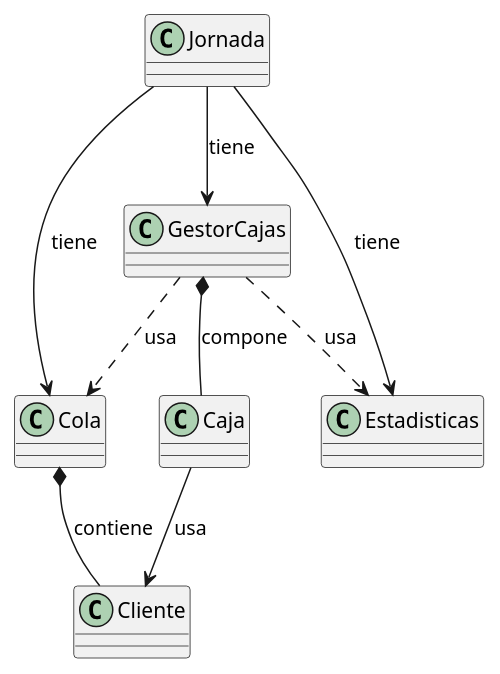
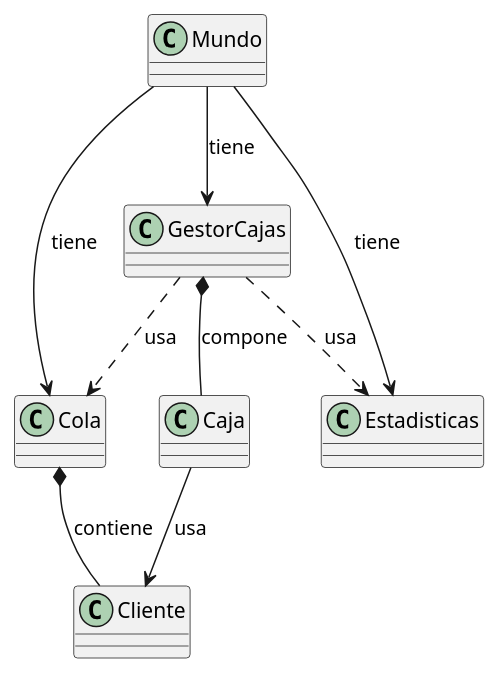
Before and after one commit to mmasias/24-25-IdSw2-SDD: the diagram in modelosUML y svg/UML/diagramaClasesV2.puml, drawn with PlantUML. The commit also changed 8 other files, not shown here.

```diff
--- a/modelosUML y svg/UML/diagramaClasesV2.puml
+++ b/modelosUML y svg/UML/diagramaClasesV2.puml
@@ -1,32 +1,32 @@
 @startuml
 
 class Cliente {
 }
 
 class Caja {
 }
 
 class Cola {
 }
 
 class Estadisticas {
 }
 
 class GestorCajas {
 }
 
-class Jornada {
+class Mundo {
 
 }
 
 ' Relaciones con tipo específico
 Caja --> Cliente : usa
 Cola *-- Cliente : contiene
 GestorCajas *-- Caja : compone
 GestorCajas ..> Cola : usa
 GestorCajas ..> Estadisticas : usa
-Jornada --> Cola : tiene
-Jornada --> GestorCajas : tiene
-Jornada --> Estadisticas : tiene
+Mundo --> Cola : tiene
+Mundo --> GestorCajas : tiene
+Mundo --> Estadisticas : tiene
 
 @enduml
```
